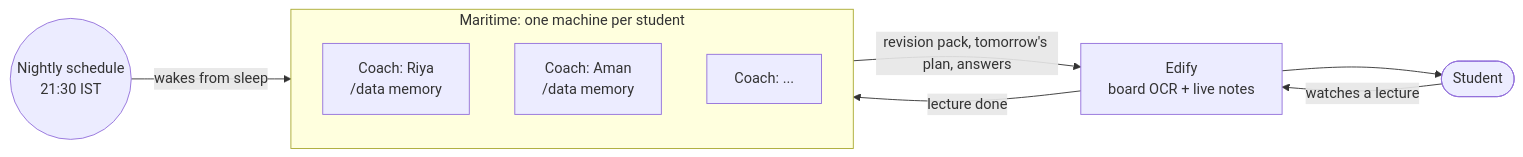
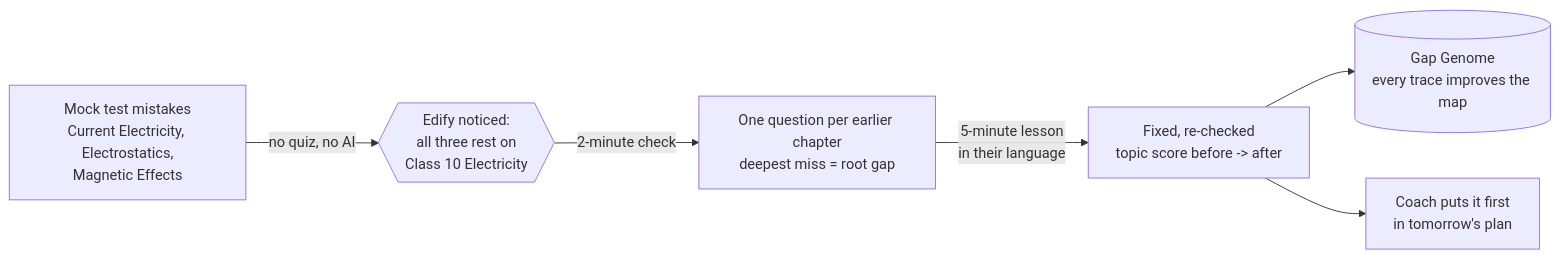
Before and after one commit to Mukul07777/Edify: the diagram in README.md, drawn with Mermaid. The commit also changed other lines of this file, not shown here.

Commit message:
README leads with root cause: silent tracing, the 2-minute check, the fix and the Gap Genome

````diff
--- a/README.md
+++ b/README.md
@@ -16,13 +15,8 @@
 ```mermaid
 flowchart LR
-    S([Student]) -->|watches a lecture| E[Edify<br/>board OCR + live notes]
-    E -->|lecture done| M
-    subgraph M[Maritime: one machine per student]
-        C1[Coach: Riya<br/>/data memory]
-        C2[Coach: Aman<br/>/data memory]
-        C3[Coach: ...]
-    end
-    T((Nightly schedule<br/>21:30 IST)) -->|wakes from sleep| M
-    M -->|revision pack, tomorrow's plan, answers| E
-    E --> S
+    M[Mock test mistakes<br/>Current Electricity, Electrostatics,<br/>Magnetic Effects] -->|no quiz, no AI| N{{Edify noticed:<br/>all three rest on<br/>Class 10 Electricity}}
+    N -->|2-minute check| C[One question per earlier chapter<br/>deepest miss = root gap]
+    C -->|5-minute lesson<br/>in their language| F[Fixed, re-checked<br/>topic score before -> after]
+    F --> G[(Gap Genome<br/>every trace improves the map)]
+    F --> P[Coach puts it first<br/>in tomorrow's plan]
 ```
````
